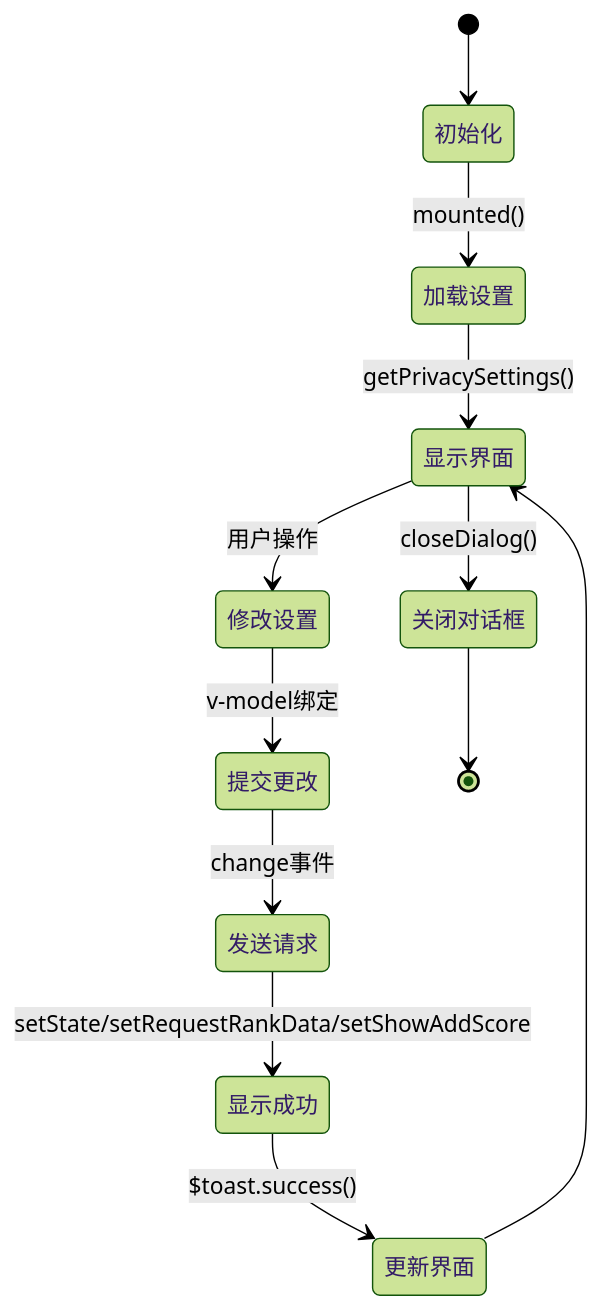
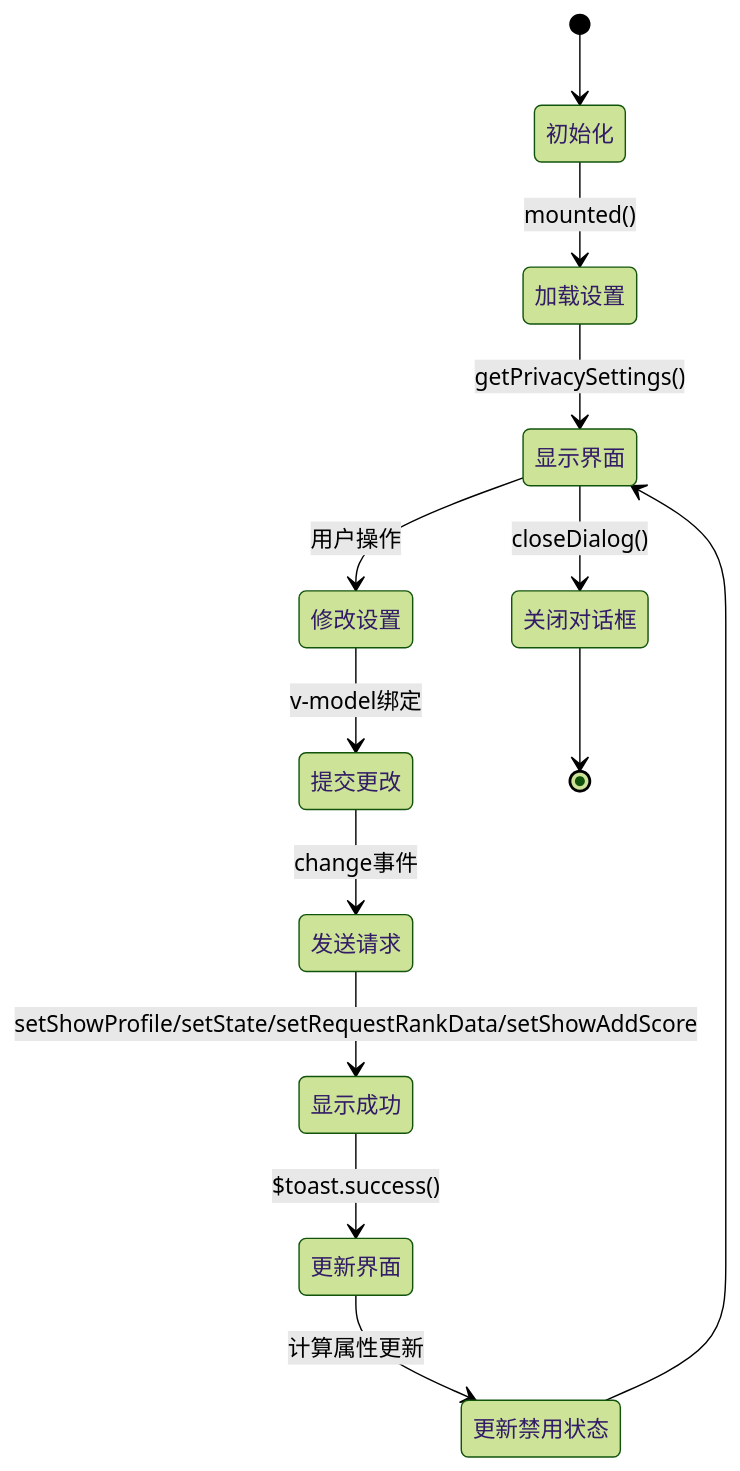
One commit to TinyMaD/SpeedRunnersLab changed diagram 11 of 14 in .qoder/repowiki/zh/content/后端 API 服务/用户管理模块/隐私设置管理.md. Above: the diagram before and after it, drawn with Mermaid (forest theme). The commit also changed other lines of this file and 29 other files, not shown here.

````diff
--- a/.qoder/repowiki/zh/content/后端 API 服务/用户管理模块/隐私设置管理.md
+++ b/.qoder/repowiki/zh/content/后端 API 服务/用户管理模块/隐私设置管理.md
@@ -412,14 +478,15 @@
 ```mermaid
 stateDiagram-v2
 [*] --> 初始化
 初始化 --> 加载设置 : mounted()
 加载设置 --> 显示界面 : getPrivacySettings()
 显示界面 --> 修改设置 : 用户操作
 修改设置 --> 提交更改 : v-model绑定
 提交更改 --> 发送请求 : change事件
-发送请求 --> 显示成功 : setState/setRequestRankData/setShowAddScore
+发送请求 --> 显示成功 : setShowProfile/setState/setRequestRankData/setShowAddScore
 显示成功 --> 更新界面 : $toast.success()
-更新界面 --> 显示界面
+更新界面 --> 更新禁用状态 : 计算属性更新
+更新禁用状态 --> 显示界面
 显示界面 --> 关闭对话框 : closeDialog()
 关闭对话框 --> [*]
 ```
````
